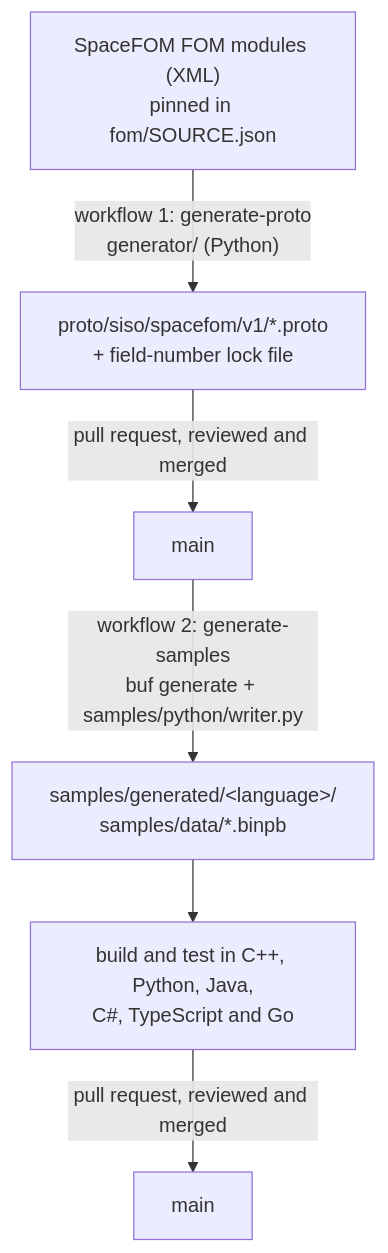
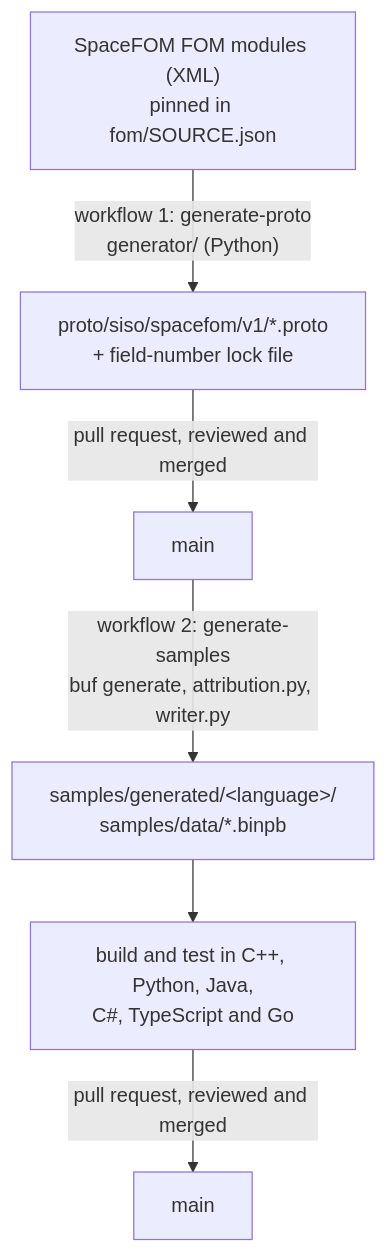
Before and after one commit to gsantopaolo/spacefom2-protobuf: the diagram in samples/README.md, drawn with Mermaid. The commit also changed other lines of this file and 1 other file, not shown here.

First line of the commit message:
Docs: humanizer pass on the samples plan and README; fix stale facts

````diff
--- a/samples/README.md
+++ b/samples/README.md
@@ -20,8 +20,8 @@
 ```mermaid
 flowchart TD
     A["SpaceFOM FOM modules (XML)<br/>pinned in fom/SOURCE.json"] -->|"workflow 1: generate-proto<br/>generator/ (Python)"| B["proto/siso/spacefom/v1/*.proto<br/>+ field-number lock file"]
     B -->|"pull request, reviewed and merged"| M["main"]
-    M -->|"workflow 2: generate-samples<br/>buf generate + samples/python/writer.py"| C["samples/generated/&lt;language&gt;/<br/>samples/data/*.binpb"]
+    M -->|"workflow 2: generate-samples<br/>buf generate, attribution.py, writer.py"| C["samples/generated/&lt;language&gt;/<br/>samples/data/*.binpb"]
     C --> T["build and test in C++, Python, Java,<br/>C#, TypeScript and Go"]
     T -->|"pull request, reviewed and merged"| M2["main"]
 ```
````
